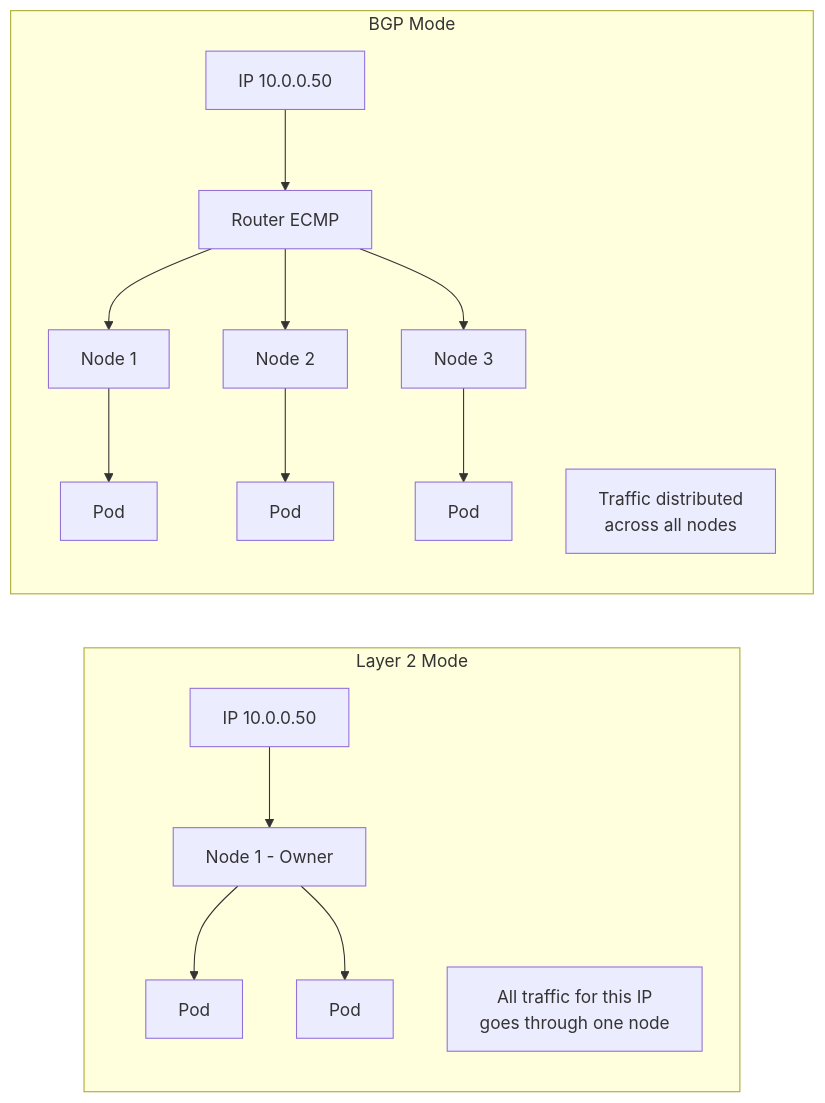
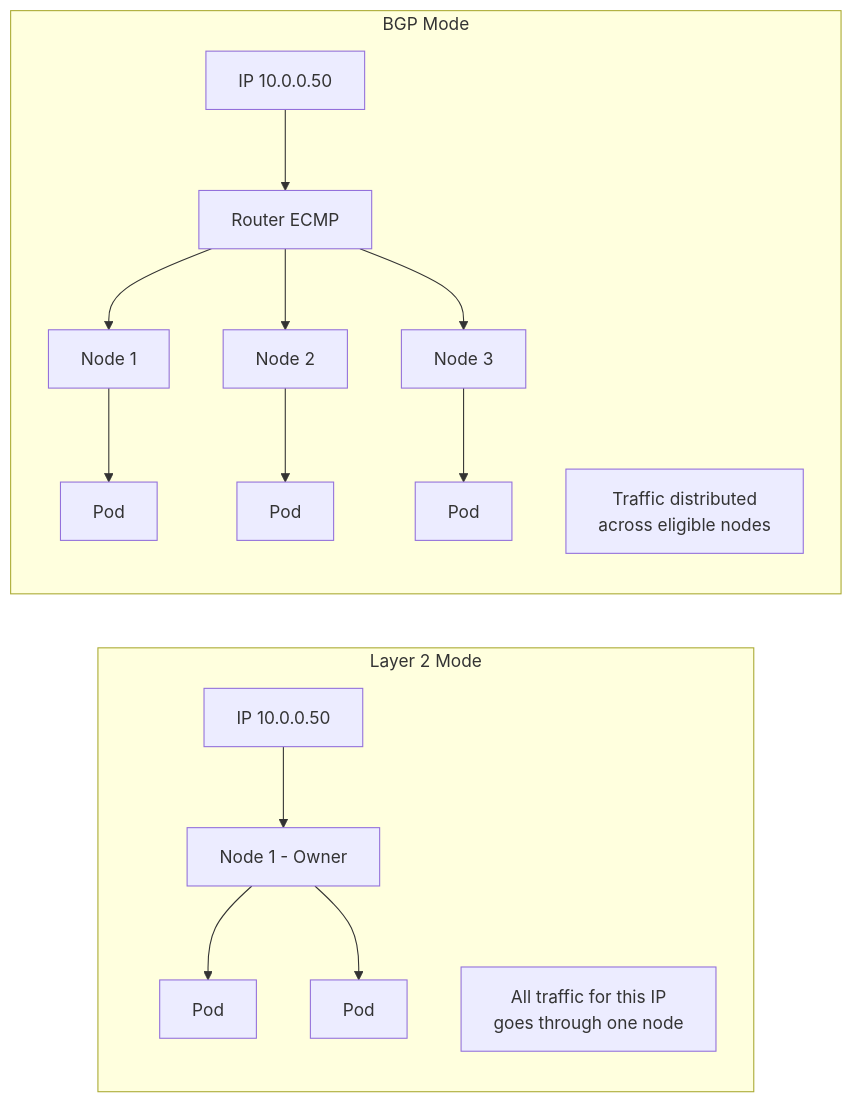
Before and after one commit to OneUptime/blog: the second of 2 diagrams in posts/2026-02-20-metallb-large-cluster-scaling/README.md, drawn with Mermaid. The commit also changed other lines of this file and 2 other files, not shown here.

````diff
--- a/posts/2026-02-20-metallb-large-cluster-scaling/README.md
+++ b/posts/2026-02-20-metallb-large-cluster-scaling/README.md
@@ -153,20 +154,20 @@
 ```mermaid
 flowchart LR
     subgraph L2["Layer 2 Mode"]
         L2IP[IP 10.0.0.50] --> L2Node1[Node 1 - Owner]
         L2Node1 --> L2Pod1[Pod]
         L2Node1 --> L2Pod2[Pod]
         L2Note["All traffic for this IP\ngoes through one node"]
     end
 
     subgraph BGP["BGP Mode"]
         BGPIP[IP 10.0.0.50] --> BGPRouter[Router ECMP]
         BGPRouter --> BGPNode1[Node 1]
         BGPRouter --> BGPNode2[Node 2]
         BGPRouter --> BGPNode3[Node 3]
         BGPNode1 --> BGPPod1[Pod]
         BGPNode2 --> BGPPod2[Pod]
         BGPNode3 --> BGPPod3[Pod]
-        BGPNote["Traffic distributed\nacross all nodes"]
+        BGPNote["Traffic distributed\nacross eligible nodes"]
     end
 ```
````
